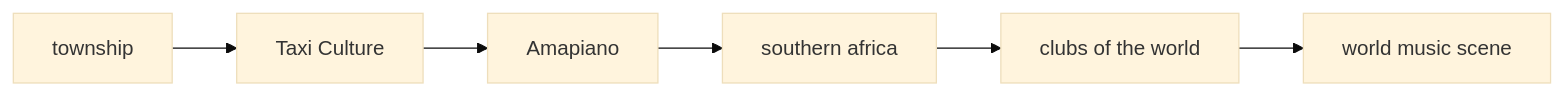
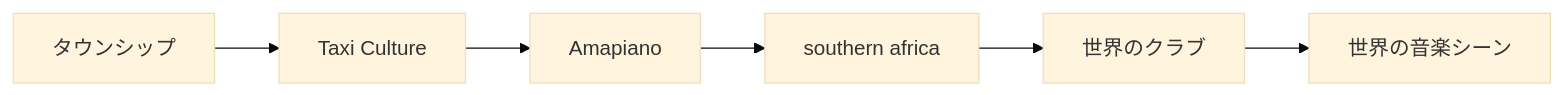
Before and after one commit to monumental-movement/monumental-movement.github.io: the fifth of 7 diagrams in en/_posts/2026-07-25-column-taxi-amapiano.md, drawn with Mermaid (base theme). The commit also changed other lines of this file and 2196 other files, not shown here.

```diff
--- a/en/_posts/2026-07-25-column-taxi-amapiano.md
+++ b/en/_posts/2026-07-25-column-taxi-amapiano.md
@@ -751,9 +750,9 @@
 <div class="mermaid">
 flowchart LR
-A[township]
+A[タウンシップ]
 A --> B[Taxi Culture]
 B --> C[Amapiano]
 C --> D[southern africa]
-D --> E[clubs of the world]
-E --> F[world music scene]
+D --> E[世界のクラブ]
+E --> F[世界の音楽シーン]
 </div>
```
